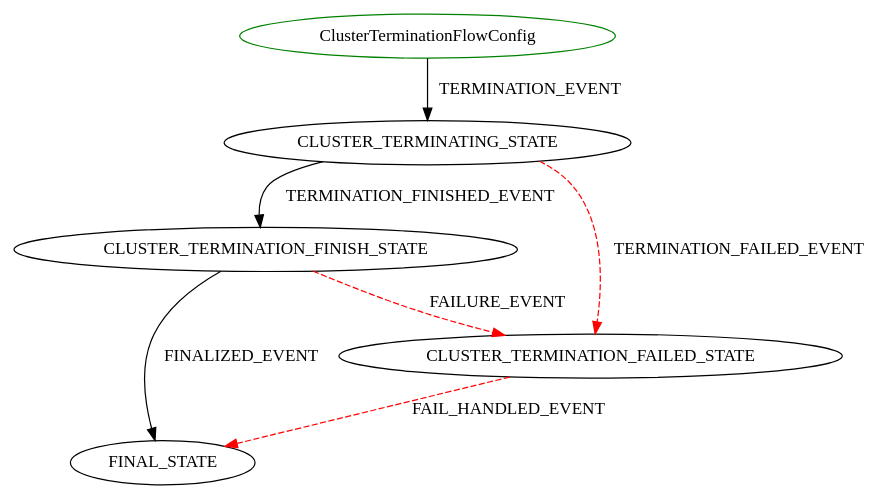
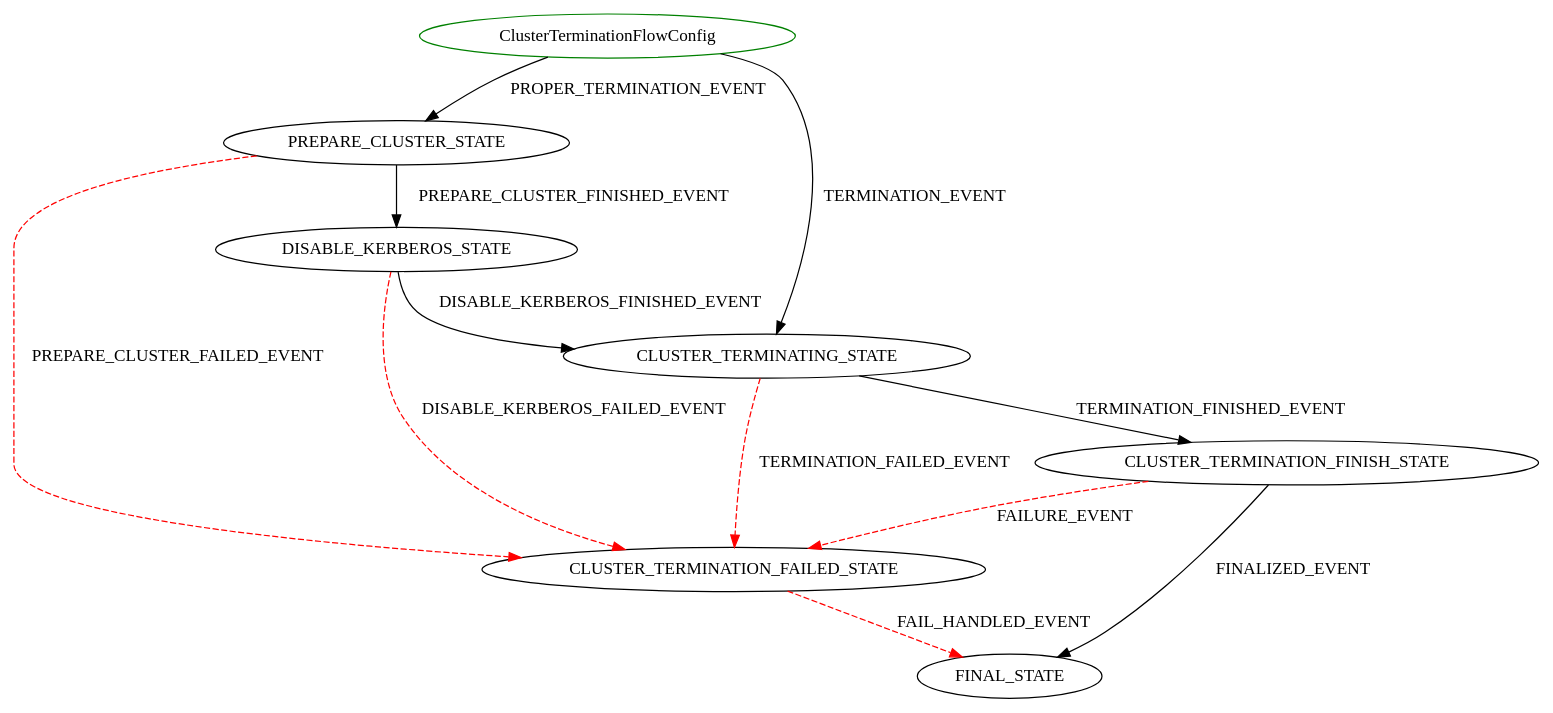
Before and after one commit to hortonworks/cloudbreak-docs: the diagram in latest/diagrams/ClusterTerminationFlowConfig.dot, drawn with Graphviz. The commit also changed 47 other files, not shown here.

```diff
--- a/latest/diagrams/ClusterTerminationFlowConfig.dot
+++ b/latest/diagrams/ClusterTerminationFlowConfig.dot
@@ -1,9 +1,14 @@
 digraph {
 INIT_STATE [label="ClusterTerminationFlowConfig" shape=ellipse color=green];
+INIT_STATE -> PREPARE_CLUSTER_STATE [label="PROPER_TERMINATION_EVENT" color=black style=solid];
+PREPARE_CLUSTER_STATE -> DISABLE_KERBEROS_STATE [label="PREPARE_CLUSTER_FINISHED_EVENT" color=black style=solid];
+PREPARE_CLUSTER_STATE -> CLUSTER_TERMINATION_FAILED_STATE [label="PREPARE_CLUSTER_FAILED_EVENT" color=red style=dashed];
+CLUSTER_TERMINATION_FAILED_STATE -> FINAL_STATE [label="FAIL_HANDLED_EVENT" color=red style=dashed];
+DISABLE_KERBEROS_STATE -> CLUSTER_TERMINATING_STATE [label="DISABLE_KERBEROS_FINISHED_EVENT" color=black style=solid];
+DISABLE_KERBEROS_STATE -> CLUSTER_TERMINATION_FAILED_STATE [label="DISABLE_KERBEROS_FAILED_EVENT" color=red style=dashed];
 INIT_STATE -> CLUSTER_TERMINATING_STATE [label="TERMINATION_EVENT" color=black style=solid];
 CLUSTER_TERMINATING_STATE -> CLUSTER_TERMINATION_FINISH_STATE [label="TERMINATION_FINISHED_EVENT" color=black style=solid];
 CLUSTER_TERMINATING_STATE -> CLUSTER_TERMINATION_FAILED_STATE [label="TERMINATION_FAILED_EVENT" color=red style=dashed];
-CLUSTER_TERMINATION_FAILED_STATE -> FINAL_STATE [label="FAIL_HANDLED_EVENT" color=red style=dashed];
 CLUSTER_TERMINATION_FINISH_STATE -> FINAL_STATE [label="FINALIZED_EVENT" color=black style=solid];
 CLUSTER_TERMINATION_FINISH_STATE -> CLUSTER_TERMINATION_FAILED_STATE [label="FAILURE_EVENT" color=red style=dashed];
 }
```
